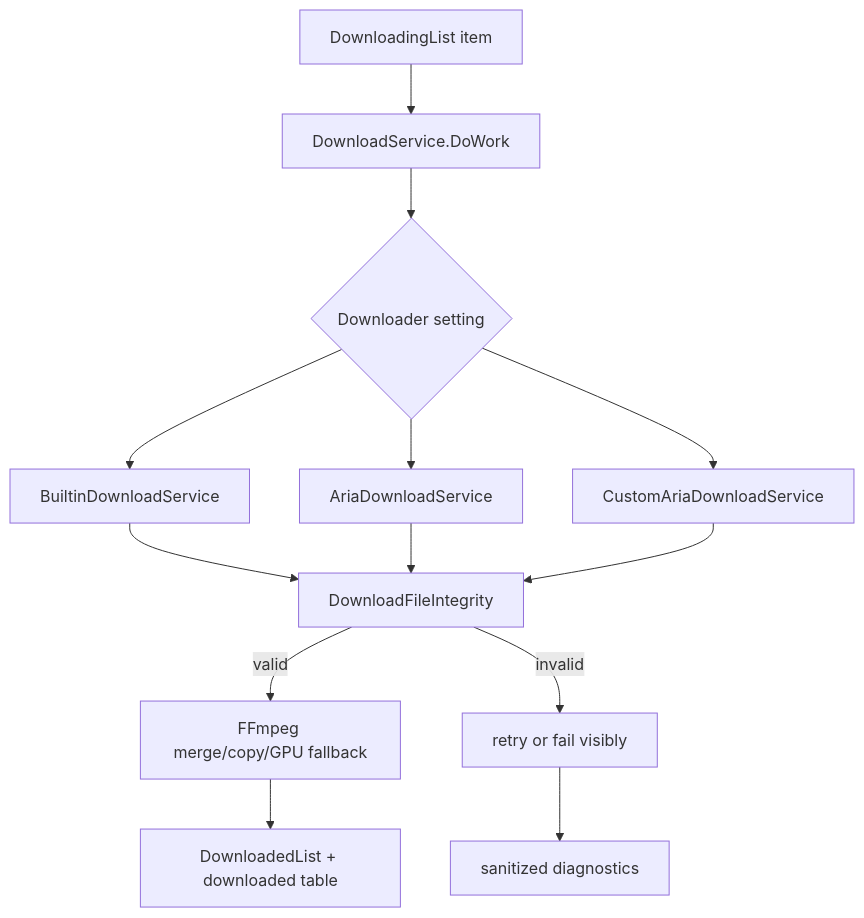
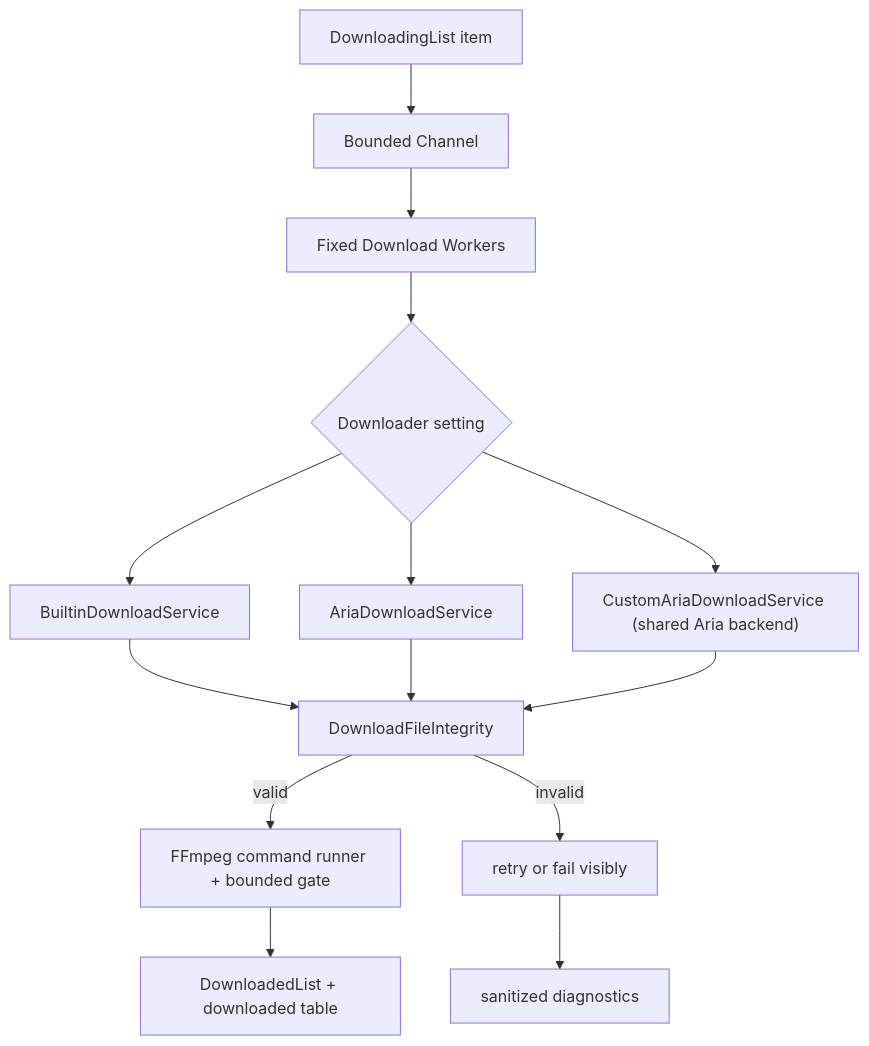
Before and after one commit to crazysmile-PhD/downkyicore: the fourth of 4 diagrams in docs/ai-knowledge-graph.md, drawn with Mermaid. The commit also changed other lines of this file and 2 other files, not shown here.

Commit message:
docs: close download runtime refactor group

````diff
--- a/docs/ai-knowledge-graph.md
+++ b/docs/ai-knowledge-graph.md
@@ -813,15 +824,16 @@
 ```mermaid
 flowchart TD
-    Queue["DownloadingList item"] --> Runtime["DownloadService.DoWork"]
+    Queue["DownloadingList item"] --> Channel["Bounded Channel"]
+    Channel --> Runtime["Fixed Download Workers"]
     Runtime --> Choice{"Downloader setting"}
     Choice --> Builtin["BuiltinDownloadService"]
     Choice --> Aria["AriaDownloadService"]
-    Choice --> CustomAria["CustomAriaDownloadService"]
+    Choice --> CustomAria["CustomAriaDownloadService (shared Aria backend)"]
     Builtin --> Integrity["DownloadFileIntegrity"]
     Aria --> Integrity
     CustomAria --> Integrity
-    Integrity -->|valid| FFmpeg["FFmpeg merge/copy/GPU fallback"]
+    Integrity -->|valid| FFmpeg["FFmpeg command runner + bounded gate"]
     Integrity -->|invalid| Retry["retry or fail visibly"]
     FFmpeg --> Complete["DownloadedList + downloaded table"]
     Retry --> Logs["sanitized diagnostics"]
 ```
````
